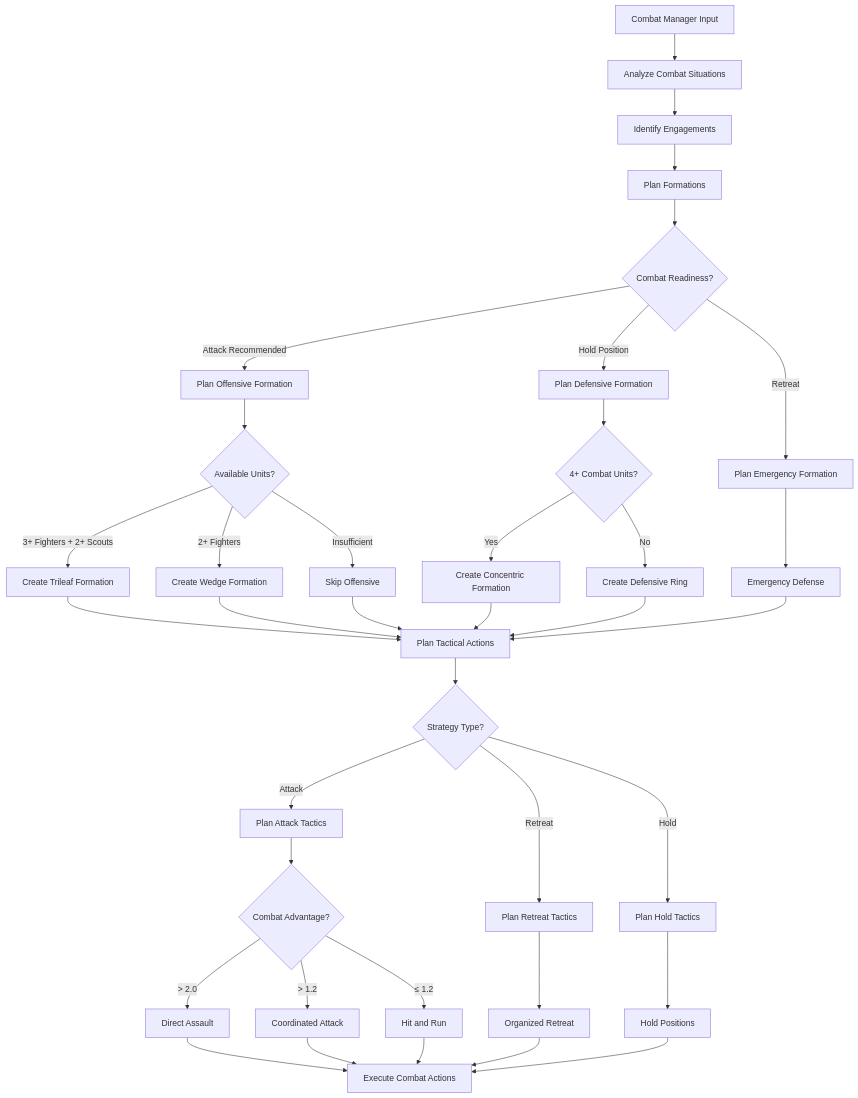
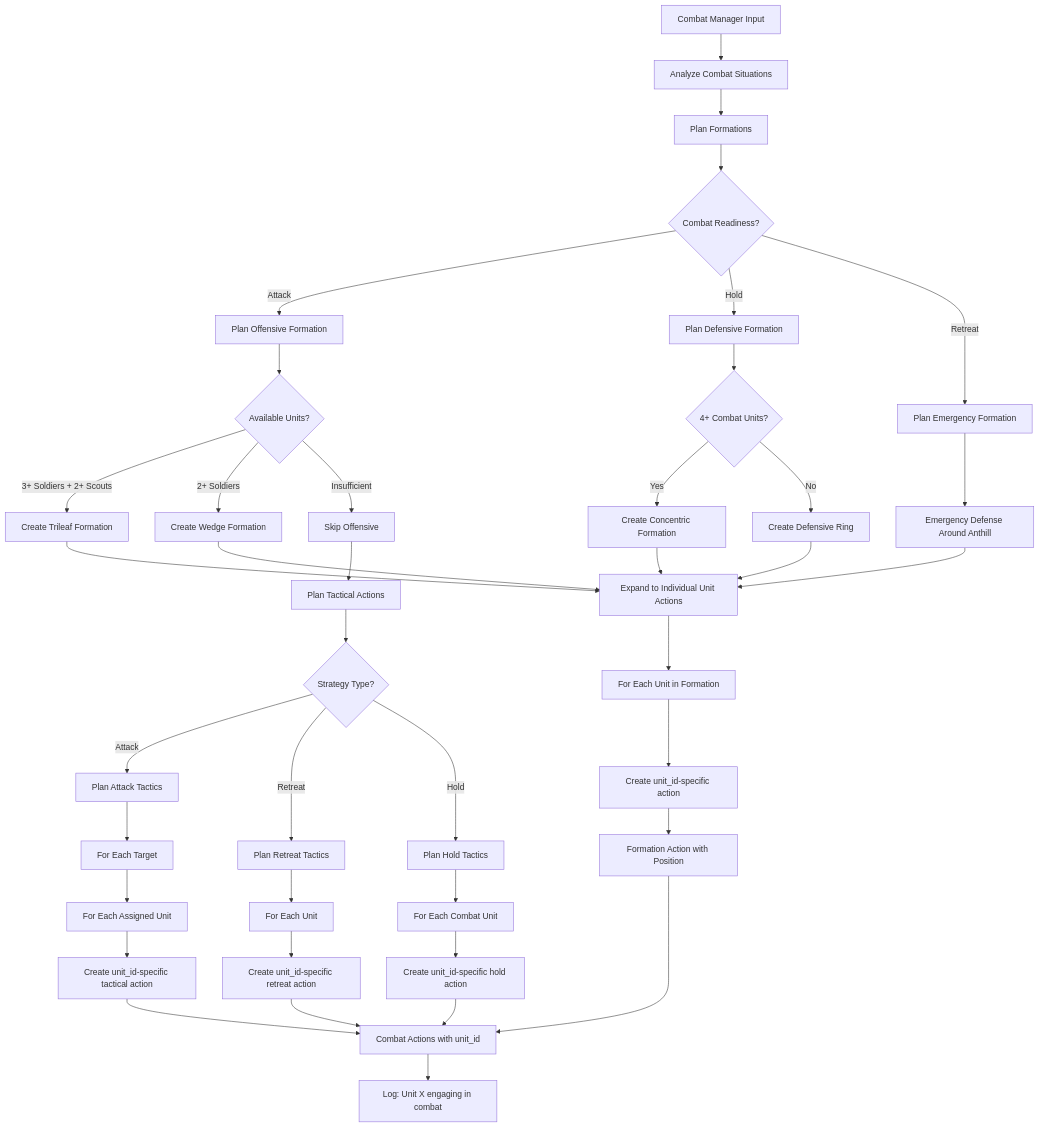
One commit to DarkGenius/dats-pulse changed the seventh of 11 diagrams in DIAGRAM.md. Above: the diagram before and after it, drawn with Mermaid. The commit also changed other lines of this file and 21 other files, not shown here.

````diff
--- a/DIAGRAM.md
+++ b/DIAGRAM.md
@@ -213,48 +294,54 @@
 ```mermaid
 flowchart TD
     A[Combat Manager Input] --> B[Analyze Combat Situations]
-    B --> C[Identify Engagements]
-    C --> D[Plan Formations]
+    B --> C[Plan Formations]
     
-    D --> E{Combat Readiness?}
-    E -->|Attack Recommended| F[Plan Offensive Formation]
-    E -->|Hold Position| G[Plan Defensive Formation]  
-    E -->|Retreat| H[Plan Emergency Formation]
+    C --> D{Combat Readiness?}
+    D -->|Attack| E[Plan Offensive Formation]
+    D -->|Hold| F[Plan Defensive Formation]
+    D -->|Retreat| G[Plan Emergency Formation]
     
-    F --> I{Available Units?}
-    I -->|3+ Fighters + 2+ Scouts| J[Create Trileaf Formation]
-    I -->|2+ Fighters| K[Create Wedge Formation]
-    I -->|Insufficient| L[Skip Offensive]
+    E --> H{Available Units?}
+    H -->|3+ Soldiers + 2+ Scouts| I[Create Trileaf Formation]
+    H -->|2+ Soldiers| J[Create Wedge Formation]
+    H -->|Insufficient| K[Skip Offensive]
     
-    G --> M{4+ Combat Units?}
-    M -->|Yes| N[Create Concentric Formation]
-    M -->|No| O[Create Defensive Ring]
+    F --> L{4+ Combat Units?}
+    L -->|Yes| M[Create Concentric Formation]
+    L -->|No| N[Create Defensive Ring]
     
-    H --> P[Emergency Defense]
+    G --> O[Emergency Defense Around Anthill]
     
-    J --> Q[Plan Tactical Actions]
-    K --> Q
-    L --> Q
-    N --> Q
-    O --> Q
-    P --> Q
+    I --> P[Expand to Individual Unit Actions]
+    J --> P
+    K --> Q[Plan Tactical Actions]
+    M --> P
+    N --> P
+    O --> P
     
-    Q --> R{Strategy Type?}
-    R -->|Attack| S[Plan Attack Tactics]
-    R -->|Retreat| T[Plan Retreat Tactics]
-    R -->|Hold| U[Plan Hold Tactics]
+    P --> R[For Each Unit in Formation]
+    R --> S[Create unit_id-specific action]
+    S --> T[Formation Action with Position]
     
-    S --> V{Combat Advantage?}
-    V -->|> 2.0| W[Direct Assault]
-    V -->|> 1.2| X[Coordinated Attack]
-    V -->|≤ 1.2| Y[Hit and Run]
+    Q --> U{Strategy Type?}
+    U -->|Attack| V[Plan Attack Tactics]
+    U -->|Retreat| W[Plan Retreat Tactics]
+    U -->|Hold| X[Plan Hold Tactics]
     
-    T --> Z[Organized Retreat]
-    U --> AA[Hold Positions]
+    V --> Y[For Each Target]
+    Y --> Z[For Each Assigned Unit]
+    Z --> AA[Create unit_id-specific tactical action]
     
-    W --> BB[Execute Combat Actions]
-    X --> BB
-    Y --> BB
-    Z --> BB
-    AA --> BB
+    W --> BB[For Each Unit]
+    BB --> CC[Create unit_id-specific retreat action]
+    
+    X --> DD[For Each Combat Unit]
+    DD --> EE[Create unit_id-specific hold action]
+    
+    T --> FF[Combat Actions with unit_id]
+    AA --> FF
+    CC --> FF
+    EE --> FF
+    
+    FF --> GG[Log: Unit X engaging in combat]
 ```
````
